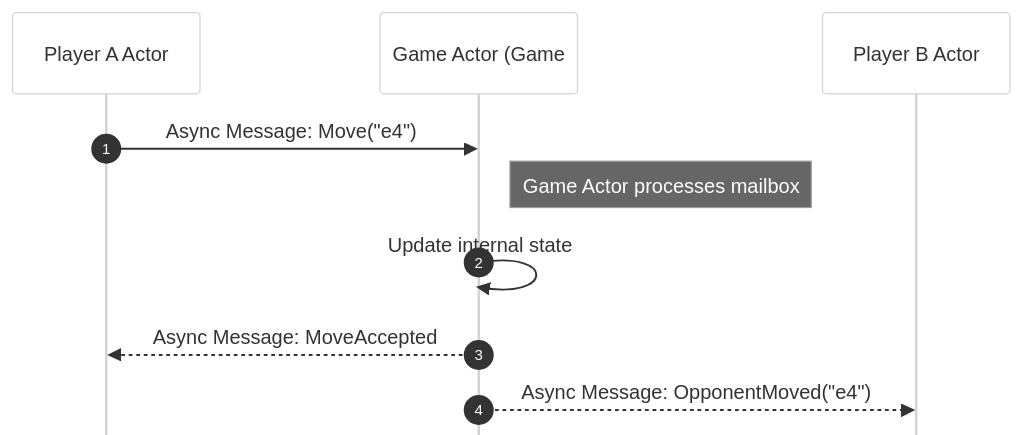
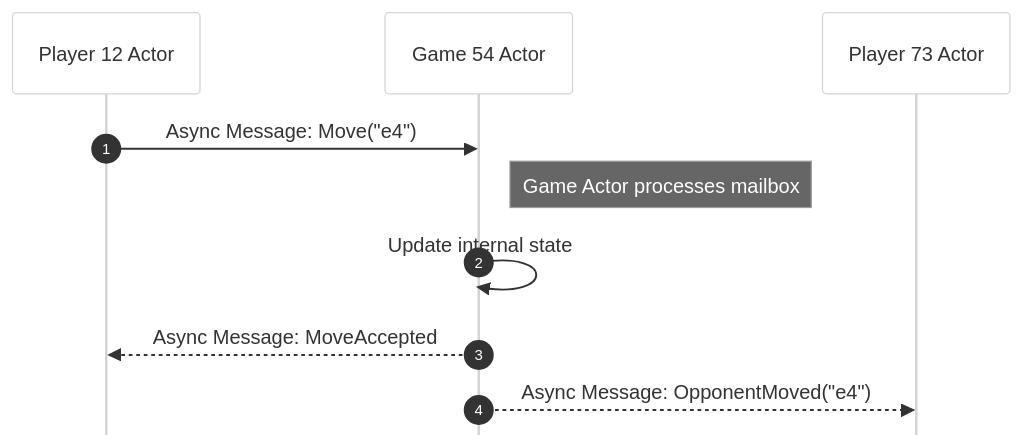
One commit to byucsstudent/cs240v2 changed diagram 14 of 14 in instruction/distributed-application-architectures/distributed-application-architectures.md. Above: the diagram before and after it, drawn with Mermaid.

Commit message:
Lee Jensen - update(Distributed Architectures)

````diff
--- a/instruction/distributed-application-architectures/distributed-application-architectures.md
+++ b/instruction/distributed-application-architectures/distributed-application-architectures.md
@@ -503,18 +503,18 @@
 ```mermaid
 %%{init: { 'theme': 'neutral', 'look': 'handDrawn',
   'sequence': { 
     'mirrorActors': false,
     'showSequenceNumbers': true
   }, 'themeVariables': { 'mainBkg': '#ffffff', 'lineColor': '#000000', 'primaryTextColor': '#000000' } }}%%
 
 sequenceDiagram
-    participant PA as Player A Actor
-    participant GA as Game Actor (Game #500)
-    participant PB as Player B Actor
+    participant PA as Player 12 Actor
+    participant GA as Game 54 Actor
+    participant PB as Player 73 Actor
     
     PA->>GA: Async Message: Move("e4")
     Note right of GA: Game Actor processes mailbox
     GA->>GA: Update internal state
     GA-->>PA: Async Message: MoveAccepted
     GA-->>PB: Async Message: OpponentMoved("e4")
 ```
````
